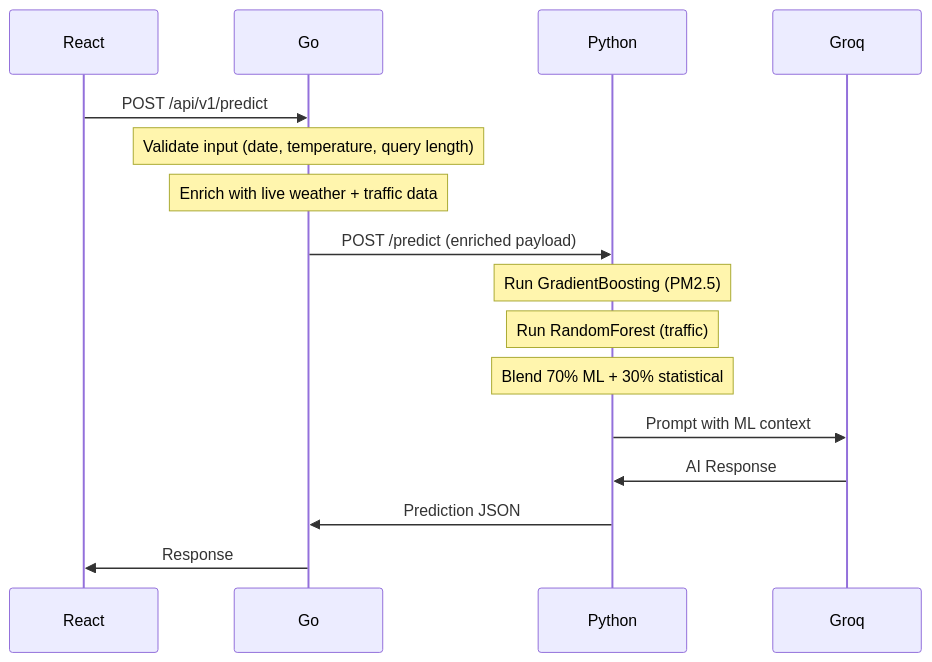
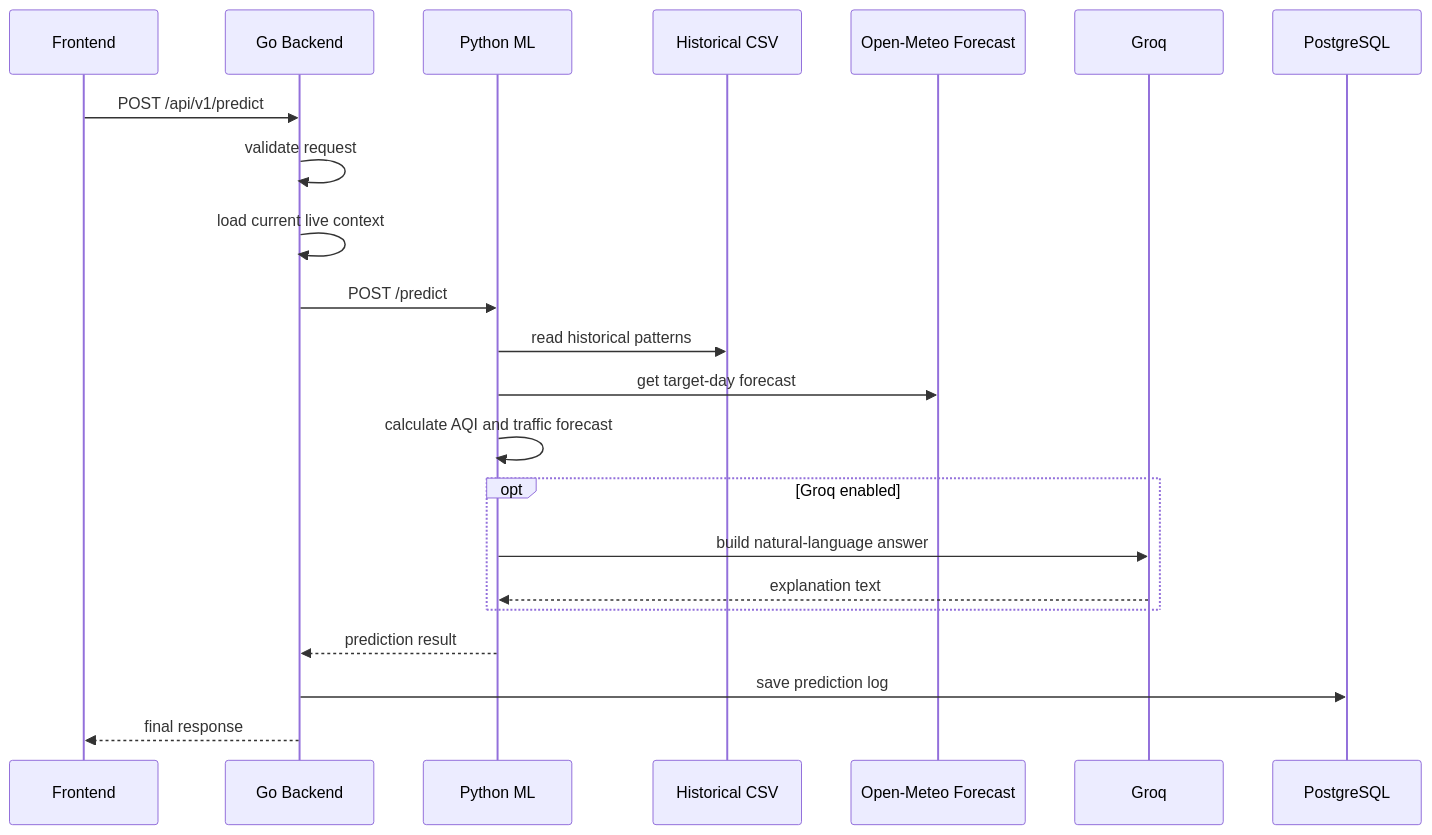
One commit to Beksanoff/smart-city-ai changed the third of 4 diagrams in PROJECT_ARCHITECTURAL_DOCUMENTATION.md. Above: the diagram before and after it, drawn with Mermaid. The commit also changed other lines of this file and 1 other file, not shown here.

````diff
--- a/PROJECT_ARCHITECTURAL_DOCUMENTATION.md
+++ b/PROJECT_ARCHITECTURAL_DOCUMENTATION.md
@@ -201,19 +183,25 @@
 ```mermaid
 sequenceDiagram
-    participant React
-    participant Go
-    participant Python
-    participant Groq
+    participant FE as Frontend
+    participant GO as Go Backend
+    participant ML as Python ML
+    participant CSV as Historical CSV
+    participant OM as Open-Meteo Forecast
+    participant GQ as Groq
+    participant DB as PostgreSQL
 
-    React->>Go: POST /api/v1/predict
-    Note over Go: Validate input (date, temperature, query length)
-    Note over Go: Enrich with live weather + traffic data
-    Go->>Python: POST /predict (enriched payload)
-    Note over Python: Run GradientBoosting (PM2.5)
-    Note over Python: Run RandomForest (traffic)
-    Note over Python: Blend 70% ML + 30% statistical
-    Python->>Groq: Prompt with ML context
-    Groq->>Python: AI Response
-    Python->>Go: Prediction JSON
-    Go->>React: Response
+    FE->>GO: POST /api/v1/predict
+    GO->>GO: validate request
+    GO->>GO: load current live context
+    GO->>ML: POST /predict
+    ML->>CSV: read historical patterns
+    ML->>OM: get target-day forecast
+    ML->>ML: calculate AQI and traffic forecast
+    opt Groq enabled
+        ML->>GQ: build natural-language answer
+        GQ-->>ML: explanation text
+    end
+    ML-->>GO: prediction result
+    GO->>DB: save prediction log
+    GO-->>FE: final response
 ```
````
